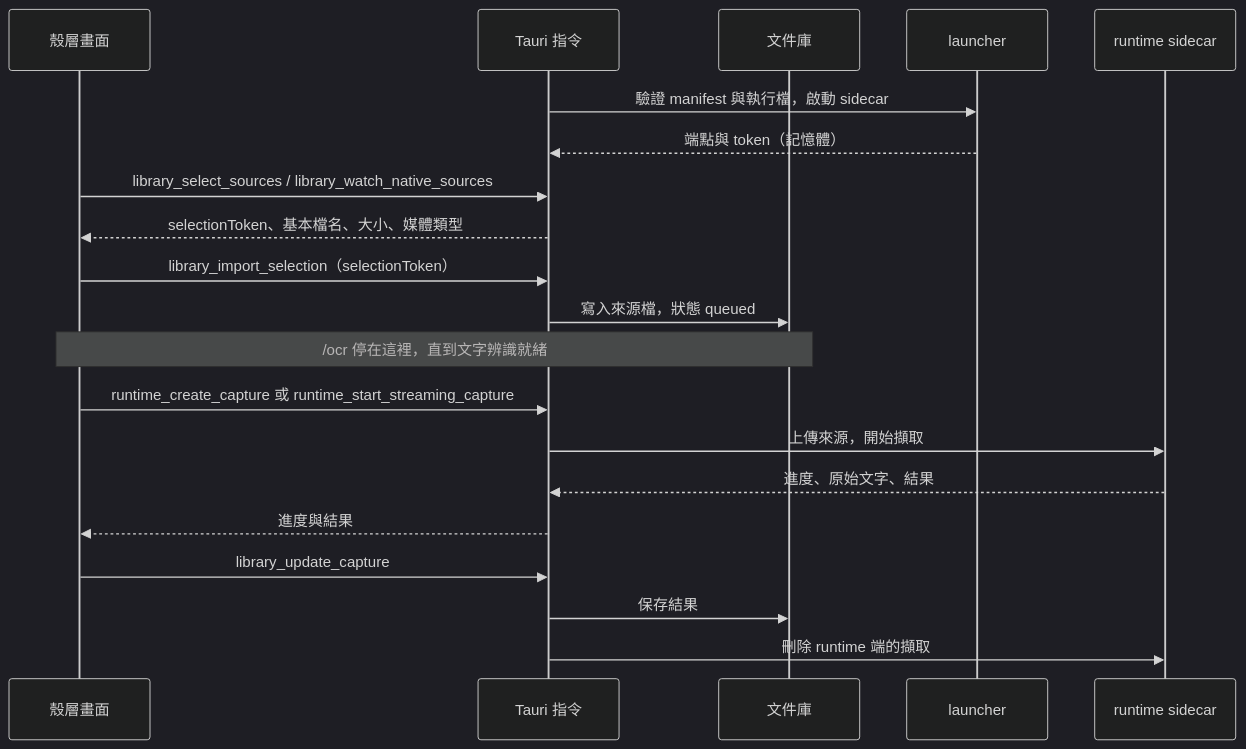
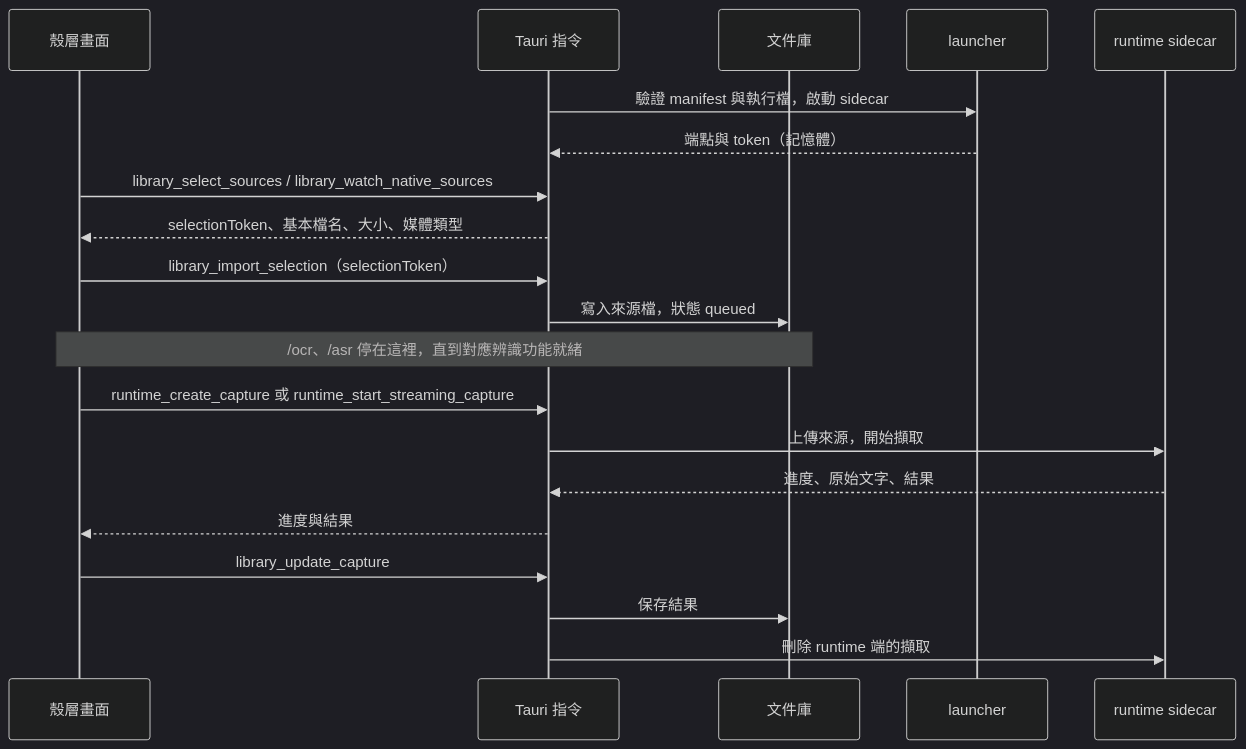
One commit to gx-capture/capture-workbench changed the second of 2 diagrams in docs/domain/host.md. Above: the diagram before and after it, drawn with Mermaid (dark theme). The commit also changed other lines of this file and 31 other files, not shown here.

````diff
--- a/docs/domain/host.md
+++ b/docs/domain/host.md
@@ -59,22 +61,22 @@
 ```mermaid
 sequenceDiagram
   participant UI as 殼層畫面
   participant Tauri as Tauri 指令
   participant Lib as 文件庫
   participant L as launcher
   participant RT as runtime sidecar
   Tauri->>L: 驗證 manifest 與執行檔，啟動 sidecar
   L-->>Tauri: 端點與 token（記憶體）
   UI->>Tauri: library_select_sources / library_watch_native_sources
   Tauri-->>UI: selectionToken、基本檔名、大小、媒體類型
   UI->>Tauri: library_import_selection（selectionToken）
   Tauri->>Lib: 寫入來源檔，狀態 queued
-  Note over UI,Lib: /ocr 停在這裡，直到文字辨識就緒
+  Note over UI,Lib: /ocr、/asr 停在這裡，直到對應辨識功能就緒
   UI->>Tauri: runtime_create_capture 或 runtime_start_streaming_capture
   Tauri->>RT: 上傳來源，開始擷取
   RT-->>Tauri: 進度、原始文字、結果
   Tauri-->>UI: 進度與結果
   UI->>Tauri: library_update_capture
   Tauri->>Lib: 保存結果
   Tauri->>RT: 刪除 runtime 端的擷取
 ```
````
